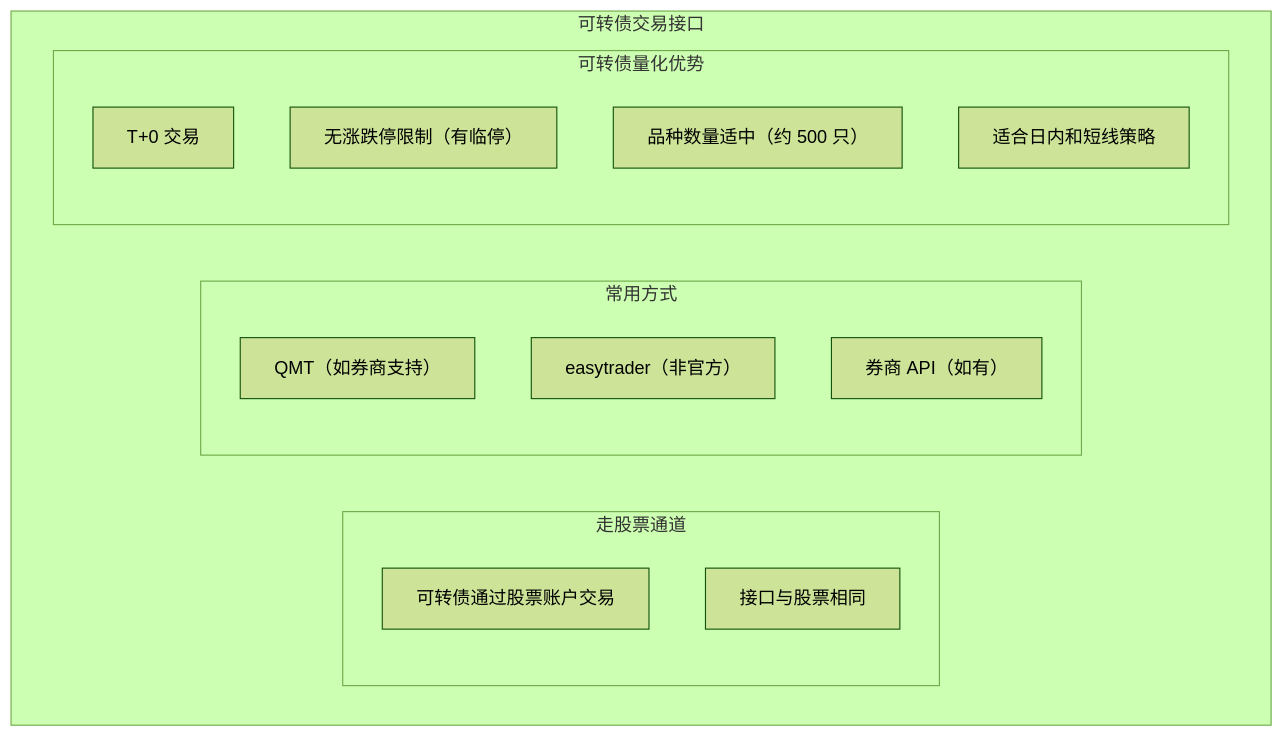
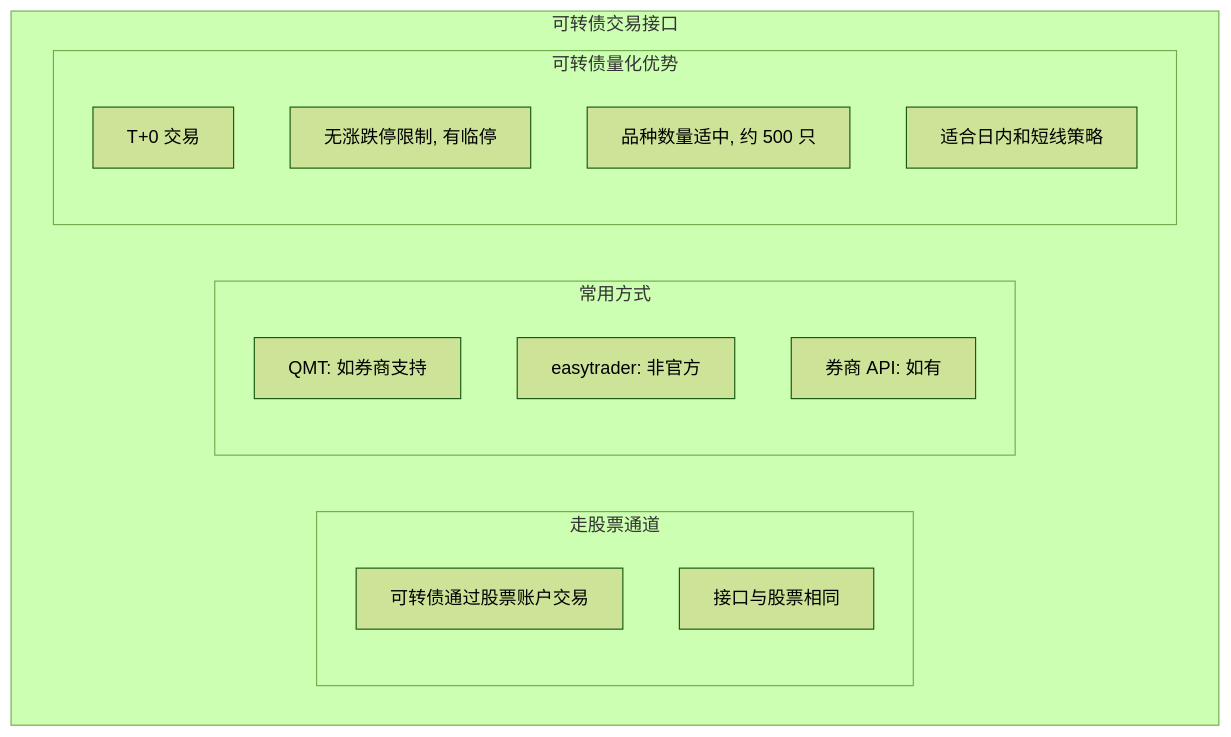
The fourth of 13 diagrams in content/articles/quant/quant-03-中国大陆量化交易接口与数据.md (jpixy/jpixy.github.io), drawn with Mermaid (forest theme) before and after one commit. The commit also changed other lines of this file and 66 other files, not shown here.

Commit message:
fix: resolve Mermaid syntax errors by removing parentheses in node labels

````diff
--- a/content/articles/quant/quant-03-中国大陆量化交易接口与数据.md
+++ b/content/articles/quant/quant-03-中国大陆量化交易接口与数据.md
@@ -164,20 +164,20 @@
 ```mermaid
 graph TB
     subgraph 可转债接口["可转债交易接口"]
         subgraph 通道["走股票通道"]
             T1["可转债通过股票账户交易"]
             T2["接口与股票相同"]
         end
         subgraph 常用方式
-            F1["QMT（如券商支持）"]
-            F2["easytrader（非官方）"]
-            F3["券商 API（如有）"]
+            F1["QMT: 如券商支持"]
+            F2["easytrader: 非官方"]
+            F3["券商 API: 如有"]
         end
         subgraph 量化优势["可转债量化优势"]
             Y1["T+0 交易"]
-            Y2["无涨跌停限制（有临停）"]
-            Y3["品种数量适中（约 500 只）"]
+            Y2["无涨跌停限制, 有临停"]
+            Y3["品种数量适中, 约 500 只"]
             Y4["适合日内和短线策略"]
         end
     end
 ```
````
